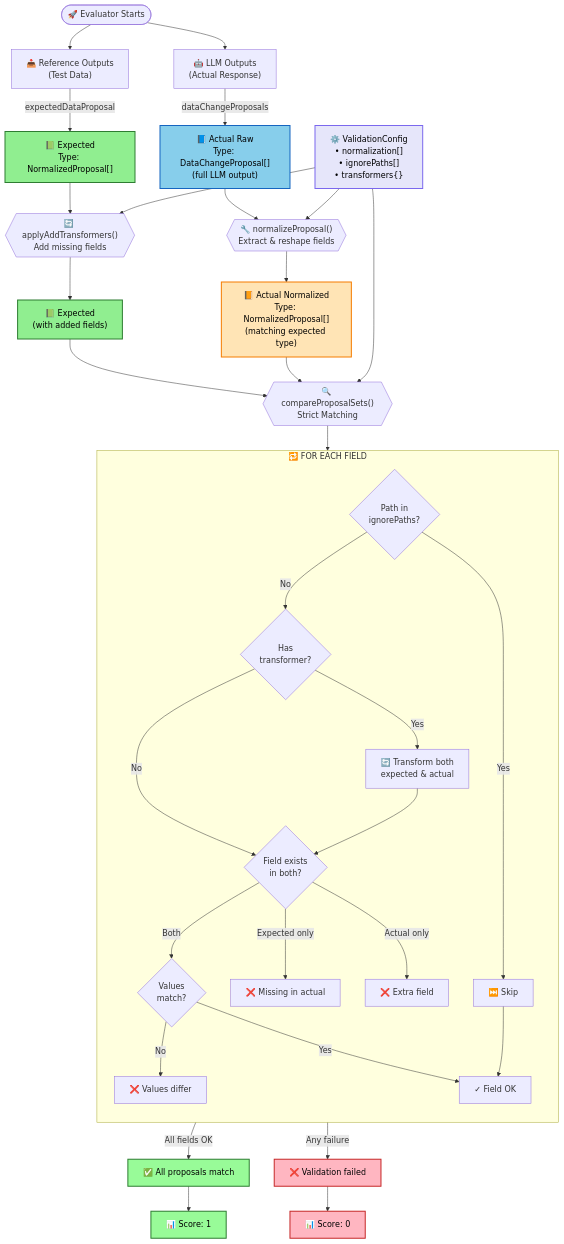
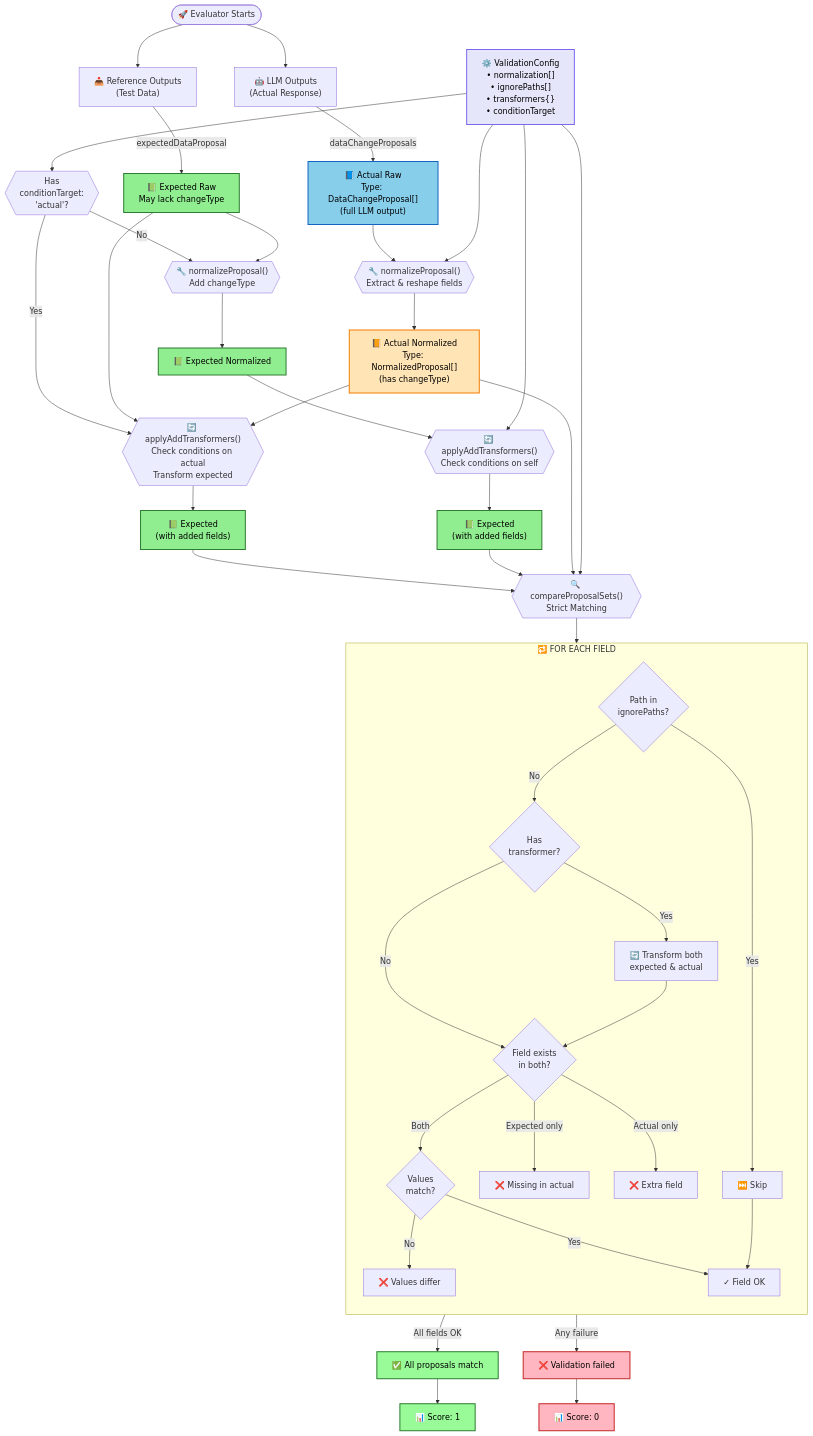
Before and after one commit to the-project-b/ritagraph: the diagram in apps/experiments/src/evaluators/README-DATA-CHANGE-VALIDATOR.md, drawn with Mermaid. The commit also changed other lines of this file and 6 other files, not shown here.

Commit message:
fix: Ensure we target the llm actual response for transformers 'when' conditionals

```diff
--- a/apps/experiments/src/evaluators/README-DATA-CHANGE-VALIDATOR.md
+++ b/apps/experiments/src/evaluators/README-DATA-CHANGE-VALIDATOR.md
@@ -14,26 +14,39 @@
     Start --> Input2["🤖 LLM Outputs<br/>(Actual Response)"]
     
     %% Expected Data (Green path)
-    Input1 -->|expectedDataProposal| Expected["📗 Expected<br/>Type: NormalizedProposal[]"]:::expected
+    Input1 -->|expectedDataProposal| Expected["📗 Expected Raw<br/>May lack changeType"]:::expected
     
     %% Actual Data (Blue path)  
     Input2 -->|dataChangeProposals| ActualRaw["📘 Actual Raw<br/>Type: DataChangeProposal[]<br/>(full LLM output)"]:::actual
     
     %% Configuration
-    Config["⚙️ ValidationConfig<br/>• normalization[]<br/>• ignorePaths[]<br/>• transformers{}"]:::config
+    Config["⚙️ ValidationConfig<br/>• normalization[]<br/>• ignorePaths[]<br/>• transformers{}<br/>• conditionTarget"]:::config
     
-    %% Apply transformers to expected
-    Expected --> ApplyTrans{{"🔄 applyAddTransformers()<br/>Add missing fields"}}
-    Config --> ApplyTrans
-    ApplyTrans --> ExpectedTransformed["📗 Expected<br/>(with added fields)"]:::expected
+    %% Normalize Actual First
+    ActualRaw --> NormalizeActual{{"🔧 normalizeProposal()<br/>Extract & reshape fields"}}
+    Config --> NormalizeActual
+    NormalizeActual --> ActualNorm["📙 Actual Normalized<br/>Type: NormalizedProposal[]<br/>(has changeType)"]:::normalized
     
-    %% Normalization
-    ActualRaw --> Normalize{{"🔧 normalizeProposal()<br/>Extract & reshape fields"}}
-    Config --> Normalize
-    Normalize --> ActualNorm["📙 Actual Normalized<br/>Type: NormalizedProposal[]<br/>(matching expected type)"]:::normalized
+    %% Decision Point
+    Config --> CheckConfig{{"Has<br/>conditionTarget:<br/>'actual'?"}}
     
-    %% Comparison
-    ExpectedTransformed --> Compare{{"🔍 compareProposalSets()<br/>Strict Matching"}}
+    %% Path 1: New Flow (conditionTarget: actual)
+    CheckConfig -->|Yes| PairedTransform{{"🔄 applyAddTransformers()<br/>Check conditions on actual<br/>Transform expected"}}
+    Expected --> PairedTransform
+    ActualNorm --> PairedTransform
+    PairedTransform --> ExpectedTransformed1["📗 Expected<br/>(with added fields)"]:::expected
+    
+    %% Path 2: Legacy Flow
+    CheckConfig -->|No| NormalizeExpected{{"🔧 normalizeProposal()<br/>Add changeType"}}
+    Expected --> NormalizeExpected
+    NormalizeExpected --> ExpectedNorm["📗 Expected Normalized"]:::expected
+    ExpectedNorm --> LegacyTransform{{"🔄 applyAddTransformers()<br/>Check conditions on self"}}
+    Config --> LegacyTransform
+    LegacyTransform --> ExpectedTransformed2["📗 Expected<br/>(with added fields)"]:::expected
+    
+    %% Merge paths for comparison
+    ExpectedTransformed1 --> Compare{{"🔍 compareProposalSets()<br/>Strict Matching"}}
+    ExpectedTransformed2 --> Compare
     ActualNorm --> Compare
     Config --> Compare
     
```
